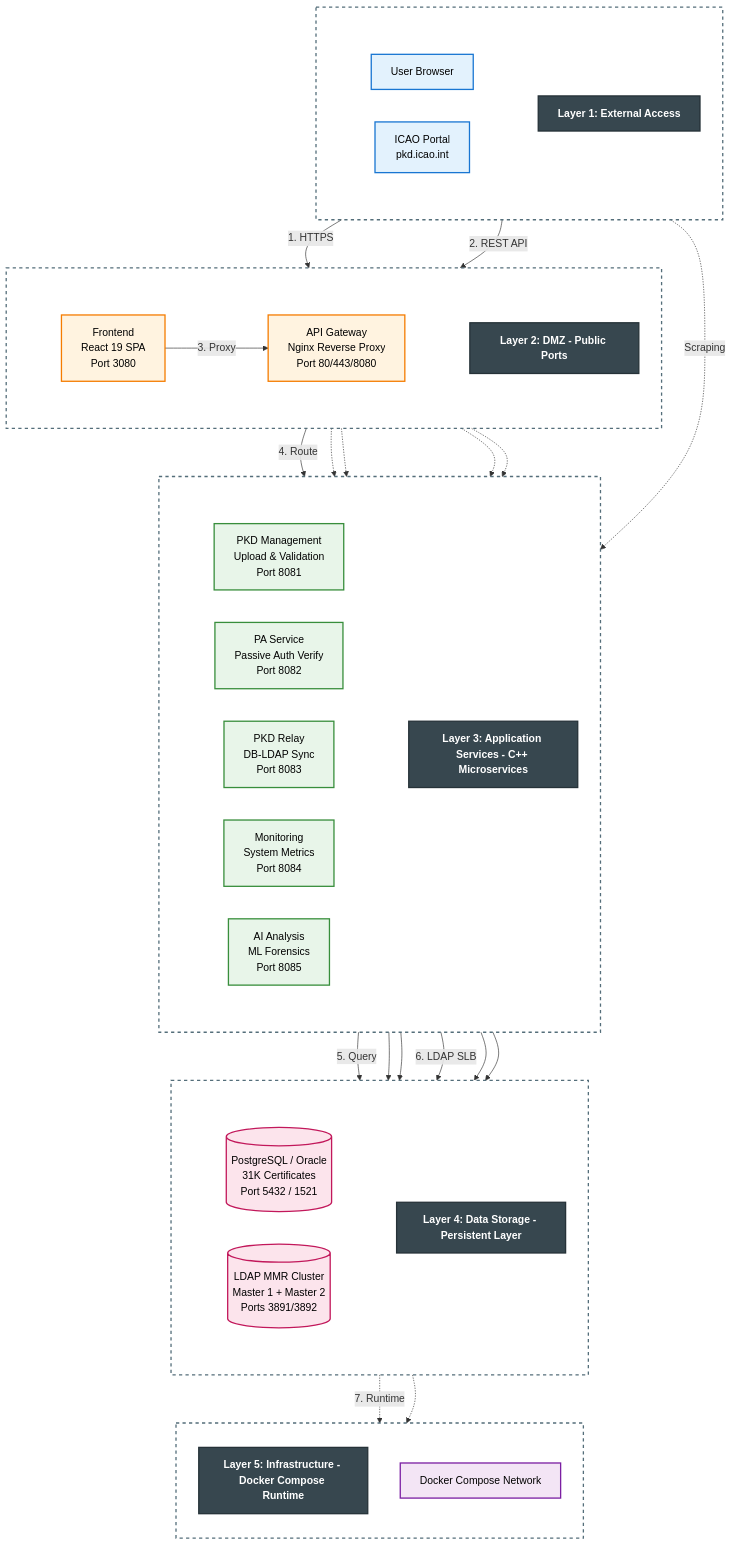
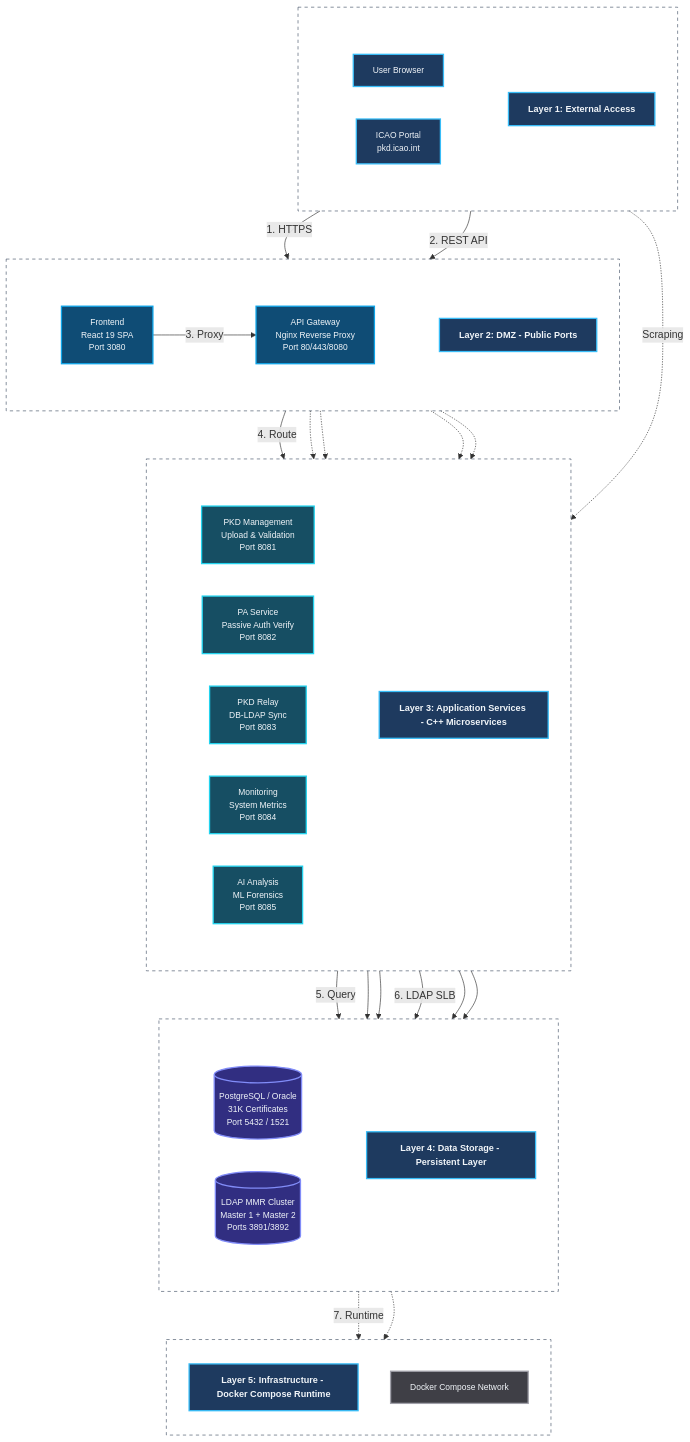
The first of 17 diagrams in docs/ARCHITECTURE.md (iland112/icao-local-pkd-cpp), drawn with Mermaid before and after one commit. The commit also changed other lines of this file and 27 other files, not shown here.

```diff
--- a/docs/ARCHITECTURE.md
+++ b/docs/ARCHITECTURE.md
@@ -165,14 +165,14 @@
     ICAOPortal -.->|Scraping| Relay
 
     %% Styling
-    classDef titleStyle fill:#37474F,stroke:#263238,stroke-width:2px,color:#fff,font-weight:bold
+    classDef titleStyle fill:#1e3a5f,stroke:#38bdf8,stroke-width:2px,color:#f1f5f9,font-weight:bold,font-size:14px
     class L1Title,L2Title,L3Title,L4Title,L5Title titleStyle
 
-    classDef external fill:#E3F2FD,stroke:#1976D2,stroke-width:2px,color:#000
-    classDef dmz fill:#FFF3E0,stroke:#F57C00,stroke-width:2px,color:#000
-    classDef app fill:#E8F5E9,stroke:#388E3C,stroke-width:2px,color:#000
-    classDef data fill:#FCE4EC,stroke:#C2185B,stroke-width:2px,color:#000
-    classDef infra fill:#F3E5F5,stroke:#7B1FA2,stroke-width:2px,color:#000
+    classDef external fill:#1e3a5f,stroke:#38bdf8,stroke-width:2px,color:#f1f5f9,font-size:13px
+    classDef dmz fill:#0f4c75,stroke:#0ea5e9,stroke-width:2px,color:#f1f5f9,font-size:13px
+    classDef app fill:#164e63,stroke:#22d3ee,stroke-width:2px,color:#f1f5f9,font-size:13px
+    classDef data fill:#312e81,stroke:#818cf8,stroke-width:2px,color:#f1f5f9,font-size:13px
+    classDef infra fill:#3f3f46,stroke:#a1a1aa,stroke-width:2px,color:#f1f5f9,font-size:13px
 
     class User,ICAOPortal external
     class Frontend,APIGateway dmz
@@ -180,7 +180,7 @@
     class DB,LDAPCluster data
     class Docker infra
 
-    classDef containerStyle fill:none,stroke:#546E7A,stroke-width:2px,stroke-dasharray:5 5
+    classDef containerStyle fill:none,stroke:#475569,stroke-width:1px,stroke-dasharray:5 5
     class L1,L2,L3,L4,L5 containerStyle
 
     classDef nodeContainer fill:none,stroke:none
```
